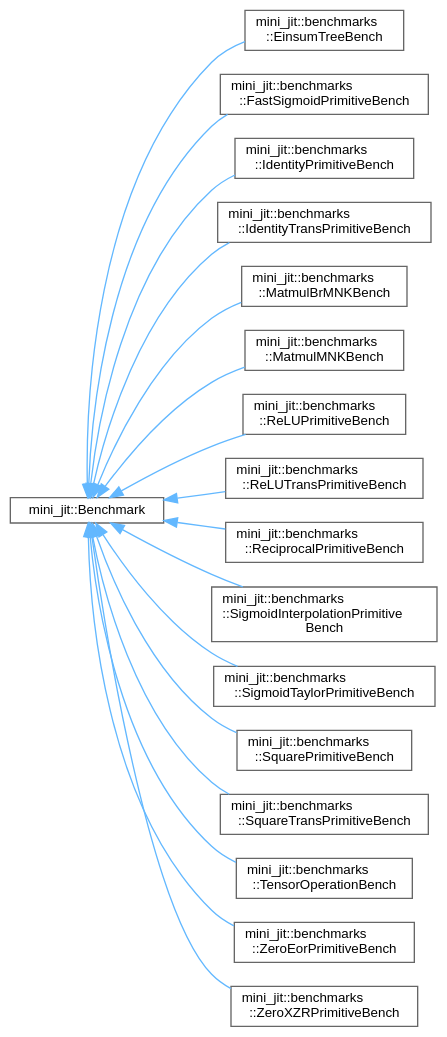
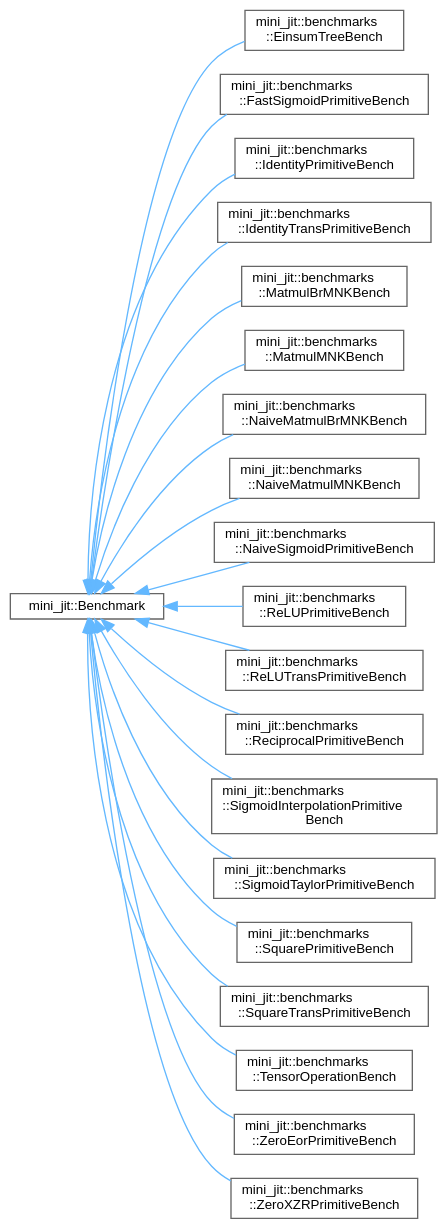
Before and after one commit to xLPMG/machine-learning-compilers: the diagram in inherit_graph_0.dot, drawn with Graphviz. The commit also changed 59 other files, not shown here.

```diff
--- a/inherit_graph_0.dot
+++ b/inherit_graph_0.dot
@@ -1,41 +1,47 @@
 digraph "Graphical Class Hierarchy"
 {
  // LATEX_PDF_SIZE
   bgcolor="transparent";
   edge [fontname=Helvetica,fontsize=10,labelfontname=Helvetica,labelfontsize=10];
   node [fontname=Helvetica,fontsize=10,shape=box,height=0.2,width=0.4];
   rankdir="LR";
   Node0 [id="Node000000",label="mini_jit::Benchmark",height=0.2,width=0.4,color="grey40", fillcolor="white", style="filled",URL="$classmini__jit_1_1Benchmark.html",tooltip=" "];
   Node0 -> Node1 [id="edge1_Node000000_Node000001",dir="back",color="steelblue1",style="solid",tooltip=" "];
   Node1 [id="Node000001",label="mini_jit::benchmarks\l::EinsumTreeBench",height=0.2,width=0.4,color="grey40", fillcolor="white", style="filled",URL="$classmini__jit_1_1benchmarks_1_1EinsumTreeBench.html",tooltip=" "];
   Node0 -> Node2 [id="edge2_Node000000_Node000002",dir="back",color="steelblue1",style="solid",tooltip=" "];
   Node2 [id="Node000002",label="mini_jit::benchmarks\l::FastSigmoidPrimitiveBench",height=0.2,width=0.4,color="grey40", fillcolor="white", style="filled",URL="$classmini__jit_1_1benchmarks_1_1FastSigmoidPrimitiveBench.html",tooltip=" "];
   Node0 -> Node3 [id="edge3_Node000000_Node000003",dir="back",color="steelblue1",style="solid",tooltip=" "];
   Node3 [id="Node000003",label="mini_jit::benchmarks\l::IdentityPrimitiveBench",height=0.2,width=0.4,color="grey40", fillcolor="white", style="filled",URL="$classmini__jit_1_1benchmarks_1_1IdentityPrimitiveBench.html",tooltip=" "];
   Node0 -> Node4 [id="edge4_Node000000_Node000004",dir="back",color="steelblue1",style="solid",tooltip=" "];
   Node4 [id="Node000004",label="mini_jit::benchmarks\l::IdentityTransPrimitiveBench",height=0.2,width=0.4,color="grey40", fillcolor="white", style="filled",URL="$classmini__jit_1_1benchmarks_1_1IdentityTransPrimitiveBench.html",tooltip=" "];
   Node0 -> Node5 [id="edge5_Node000000_Node000005",dir="back",color="steelblue1",style="solid",tooltip=" "];
   Node5 [id="Node000005",label="mini_jit::benchmarks\l::MatmulBrMNKBench",height=0.2,width=0.4,color="grey40", fillcolor="white", style="filled",URL="$classmini__jit_1_1benchmarks_1_1MatmulBrMNKBench.html",tooltip="Benchmark for matrix multiplication using BRGEMM."];
   Node0 -> Node6 [id="edge6_Node000000_Node000006",dir="back",color="steelblue1",style="solid",tooltip=" "];
   Node6 [id="Node000006",label="mini_jit::benchmarks\l::MatmulMNKBench",height=0.2,width=0.4,color="grey40", fillcolor="white", style="filled",URL="$classmini__jit_1_1benchmarks_1_1MatmulMNKBench.html",tooltip=" "];
   Node0 -> Node7 [id="edge7_Node000000_Node000007",dir="back",color="steelblue1",style="solid",tooltip=" "];
-  Node7 [id="Node000007",label="mini_jit::benchmarks\l::ReLUPrimitiveBench",height=0.2,width=0.4,color="grey40", fillcolor="white", style="filled",URL="$classmini__jit_1_1benchmarks_1_1ReLUPrimitiveBench.html",tooltip=" "];
+  Node7 [id="Node000007",label="mini_jit::benchmarks\l::NaiveMatmulBrMNKBench",height=0.2,width=0.4,color="grey40", fillcolor="white", style="filled",URL="$classmini__jit_1_1benchmarks_1_1NaiveMatmulBrMNKBench.html",tooltip="Benchmark for naive matrix multiplication using BRGEMM."];
   Node0 -> Node8 [id="edge8_Node000000_Node000008",dir="back",color="steelblue1",style="solid",tooltip=" "];
-  Node8 [id="Node000008",label="mini_jit::benchmarks\l::ReLUTransPrimitiveBench",height=0.2,width=0.4,color="grey40", fillcolor="white", style="filled",URL="$classmini__jit_1_1benchmarks_1_1ReLUTransPrimitiveBench.html",tooltip=" "];
+  Node8 [id="Node000008",label="mini_jit::benchmarks\l::NaiveMatmulMNKBench",height=0.2,width=0.4,color="grey40", fillcolor="white", style="filled",URL="$classmini__jit_1_1benchmarks_1_1NaiveMatmulMNKBench.html",tooltip=" "];
   Node0 -> Node9 [id="edge9_Node000000_Node000009",dir="back",color="steelblue1",style="solid",tooltip=" "];
-  Node9 [id="Node000009",label="mini_jit::benchmarks\l::ReciprocalPrimitiveBench",height=0.2,width=0.4,color="grey40", fillcolor="white", style="filled",URL="$classmini__jit_1_1benchmarks_1_1ReciprocalPrimitiveBench.html",tooltip=" "];
+  Node9 [id="Node000009",label="mini_jit::benchmarks\l::NaiveSigmoidPrimitiveBench",height=0.2,width=0.4,color="grey40", fillcolor="white", style="filled",URL="$classmini__jit_1_1benchmarks_1_1NaiveSigmoidPrimitiveBench.html",tooltip=" "];
   Node0 -> Node10 [id="edge10_Node000000_Node000010",dir="back",color="steelblue1",style="solid",tooltip=" "];
-  Node10 [id="Node000010",label="mini_jit::benchmarks\l::SigmoidInterpolationPrimitive\lBench",height=0.2,width=0.4,color="grey40", fillcolor="white", style="filled",URL="$classmini__jit_1_1benchmarks_1_1SigmoidInterpolationPrimitiveBench.html",tooltip=" "];
+  Node10 [id="Node000010",label="mini_jit::benchmarks\l::ReLUPrimitiveBench",height=0.2,width=0.4,color="grey40", fillcolor="white", style="filled",URL="$classmini__jit_1_1benchmarks_1_1ReLUPrimitiveBench.html",tooltip=" "];
   Node0 -> Node11 [id="edge11_Node000000_Node000011",dir="back",color="steelblue1",style="solid",tooltip=" "];
-  Node11 [id="Node000011",label="mini_jit::benchmarks\l::SigmoidTaylorPrimitiveBench",height=0.2,width=0.4,color="grey40", fillcolor="white", style="filled",URL="$classmini__jit_1_1benchmarks_1_1SigmoidTaylorPrimitiveBench.html",tooltip=" "];
+  Node11 [id="Node000011",label="mini_jit::benchmarks\l::ReLUTransPrimitiveBench",height=0.2,width=0.4,color="grey40", fillcolor="white", style="filled",URL="$classmini__jit_1_1benchmarks_1_1ReLUTransPrimitiveBench.html",tooltip=" "];
   Node0 -> Node12 [id="edge12_Node000000_Node000012",dir="back",color="steelblue1",style="solid",tooltip=" "];
-  Node12 [id="Node000012",label="mini_jit::benchmarks\l::SquarePrimitiveBench",height=0.2,width=0.4,color="grey40", fillcolor="white", style="filled",URL="$classmini__jit_1_1benchmarks_1_1SquarePrimitiveBench.html",tooltip=" "];
+  Node12 [id="Node000012",label="mini_jit::benchmarks\l::ReciprocalPrimitiveBench",height=0.2,width=0.4,color="grey40", fillcolor="white", style="filled",URL="$classmini__jit_1_1benchmarks_1_1ReciprocalPrimitiveBench.html",tooltip=" "];
   Node0 -> Node13 [id="edge13_Node000000_Node000013",dir="back",color="steelblue1",style="solid",tooltip=" "];
-  Node13 [id="Node000013",label="mini_jit::benchmarks\l::SquareTransPrimitiveBench",height=0.2,width=0.4,color="grey40", fillcolor="white", style="filled",URL="$classmini__jit_1_1benchmarks_1_1SquareTransPrimitiveBench.html",tooltip=" "];
+  Node13 [id="Node000013",label="mini_jit::benchmarks\l::SigmoidInterpolationPrimitive\lBench",height=0.2,width=0.4,color="grey40", fillcolor="white", style="filled",URL="$classmini__jit_1_1benchmarks_1_1SigmoidInterpolationPrimitiveBench.html",tooltip=" "];
   Node0 -> Node14 [id="edge14_Node000000_Node000014",dir="back",color="steelblue1",style="solid",tooltip=" "];
-  Node14 [id="Node000014",label="mini_jit::benchmarks\l::TensorOperationBench",height=0.2,width=0.4,color="grey40", fillcolor="white", style="filled",URL="$classmini__jit_1_1benchmarks_1_1TensorOperationBench.html",tooltip=" "];
+  Node14 [id="Node000014",label="mini_jit::benchmarks\l::SigmoidTaylorPrimitiveBench",height=0.2,width=0.4,color="grey40", fillcolor="white", style="filled",URL="$classmini__jit_1_1benchmarks_1_1SigmoidTaylorPrimitiveBench.html",tooltip=" "];
   Node0 -> Node15 [id="edge15_Node000000_Node000015",dir="back",color="steelblue1",style="solid",tooltip=" "];
-  Node15 [id="Node000015",label="mini_jit::benchmarks\l::ZeroEorPrimitiveBench",height=0.2,width=0.4,color="grey40", fillcolor="white", style="filled",URL="$classmini__jit_1_1benchmarks_1_1ZeroEorPrimitiveBench.html",tooltip=" "];
+  Node15 [id="Node000015",label="mini_jit::benchmarks\l::SquarePrimitiveBench",height=0.2,width=0.4,color="grey40", fillcolor="white", style="filled",URL="$classmini__jit_1_1benchmarks_1_1SquarePrimitiveBench.html",tooltip=" "];
   Node0 -> Node16 [id="edge16_Node000000_Node000016",dir="back",color="steelblue1",style="solid",tooltip=" "];
-  Node16 [id="Node000016",label="mini_jit::benchmarks\l::ZeroXZRPrimitiveBench",height=0.2,width=0.4,color="grey40", fillcolor="white", style="filled",URL="$classmini__jit_1_1benchmarks_1_1ZeroXZRPrimitiveBench.html",tooltip=" "];
+  Node16 [id="Node000016",label="mini_jit::benchmarks\l::SquareTransPrimitiveBench",height=0.2,width=0.4,color="grey40", fillcolor="white", style="filled",URL="$classmini__jit_1_1benchmarks_1_1SquareTransPrimitiveBench.html",tooltip=" "];
+  Node0 -> Node17 [id="edge17_Node000000_Node000017",dir="back",color="steelblue1",style="solid",tooltip=" "];
+  Node17 [id="Node000017",label="mini_jit::benchmarks\l::TensorOperationBench",height=0.2,width=0.4,color="grey40", fillcolor="white", style="filled",URL="$classmini__jit_1_1benchmarks_1_1TensorOperationBench.html",tooltip=" "];
+  Node0 -> Node18 [id="edge18_Node000000_Node000018",dir="back",color="steelblue1",style="solid",tooltip=" "];
+  Node18 [id="Node000018",label="mini_jit::benchmarks\l::ZeroEorPrimitiveBench",height=0.2,width=0.4,color="grey40", fillcolor="white", style="filled",URL="$classmini__jit_1_1benchmarks_1_1ZeroEorPrimitiveBench.html",tooltip=" "];
+  Node0 -> Node19 [id="edge19_Node000000_Node000019",dir="back",color="steelblue1",style="solid",tooltip=" "];
+  Node19 [id="Node000019",label="mini_jit::benchmarks\l::ZeroXZRPrimitiveBench",height=0.2,width=0.4,color="grey40", fillcolor="white", style="filled",URL="$classmini__jit_1_1benchmarks_1_1ZeroXZRPrimitiveBench.html",tooltip=" "];
 }
```
